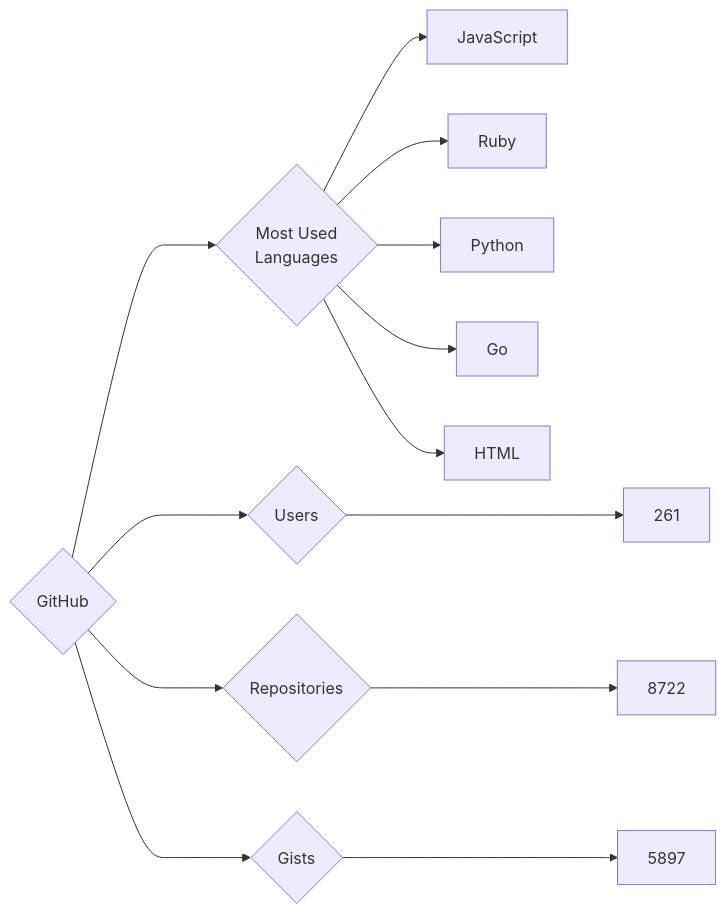
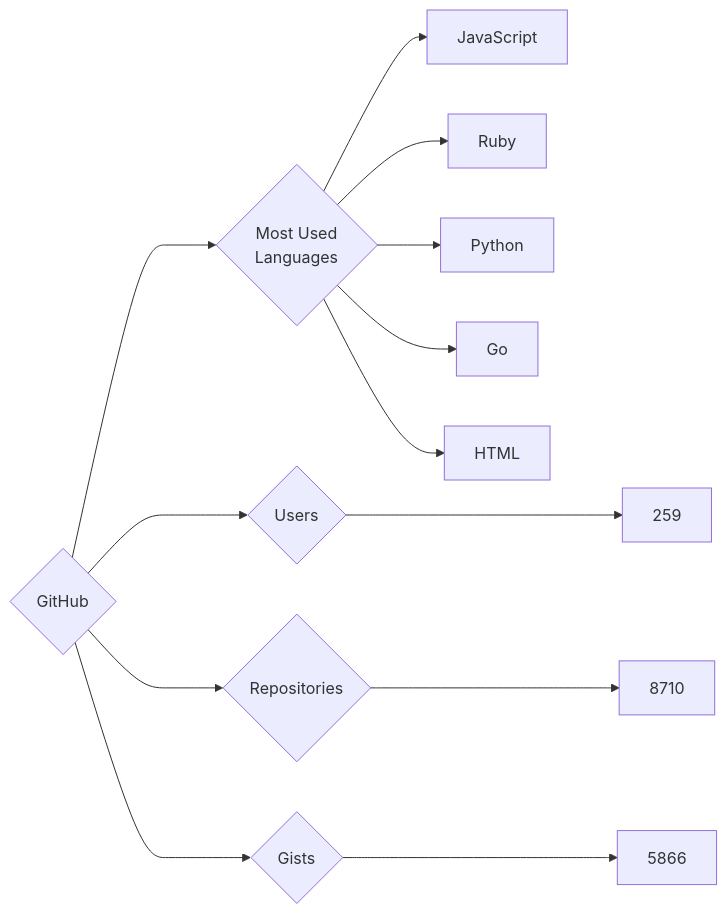
Before and after one commit to trickest/insiders: the diagram in targets/GitHub/README.md, drawn with Mermaid. The commit also changed 786 other files, not shown here.

````diff
--- a/targets/GitHub/README.md
+++ b/targets/GitHub/README.md
@@ -3,13 +3,13 @@
 ```mermaid
 graph LR
 COMPANY_NAME{GitHub}
-COMPANY_NAME ---> U{Users} ---> UN[261]
-COMPANY_NAME ---> R{Repositories} ---> RN[8722]
-COMPANY_NAME ---> G{Gists} ---> GN[5897]
+COMPANY_NAME ---> U{Users} ---> UN[259]
+COMPANY_NAME ---> R{Repositories} ---> RN[8710]
+COMPANY_NAME ---> G{Gists} ---> GN[5866]
 COMPANY_NAME ---> ML{Most Used<br>Languages}
 ML --> JavaScript[JavaScript]
 ML --> Ruby[Ruby]
 ML --> Python[Python]
 ML --> Go[Go]
 ML --> HTML[HTML]
 ```
````
